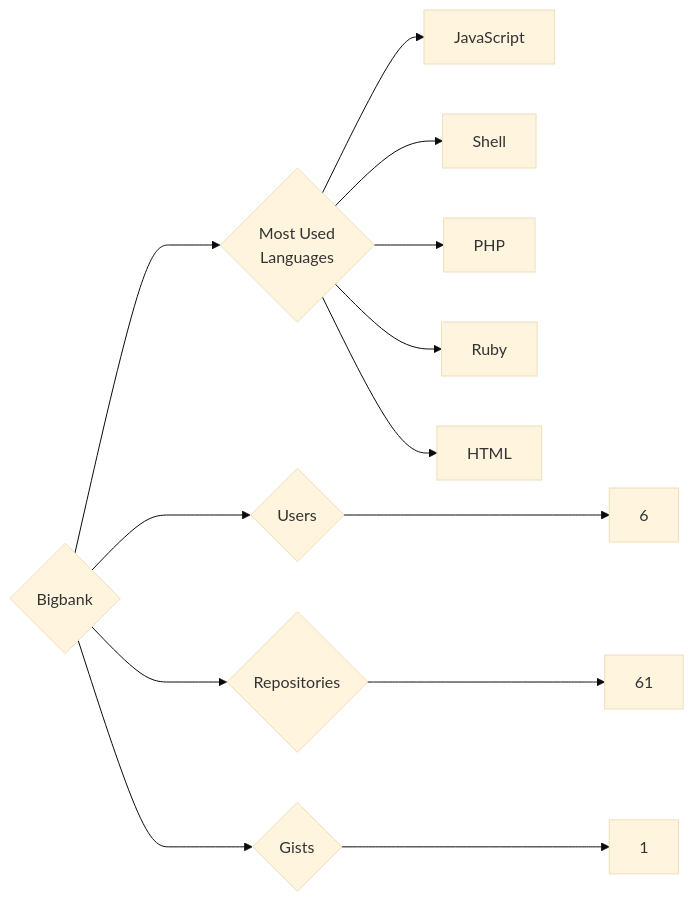
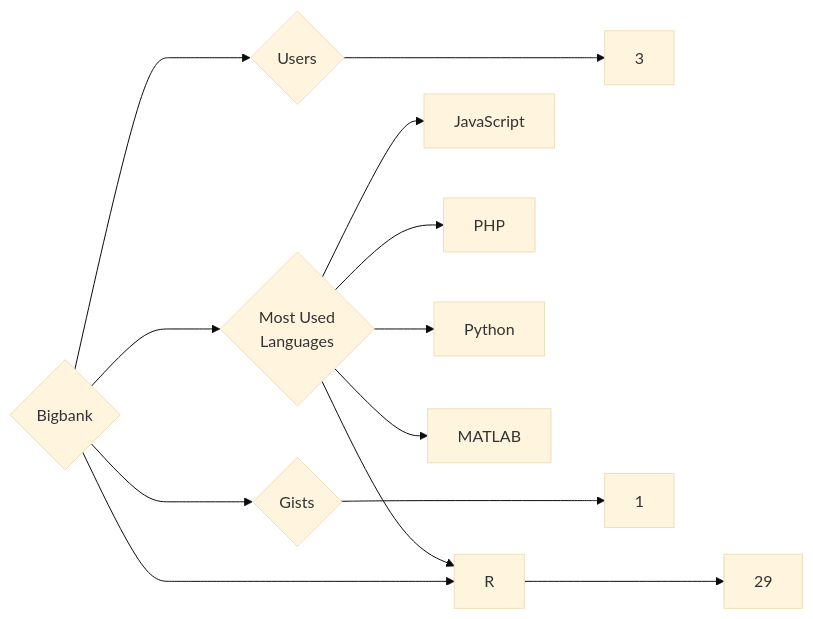
Before and after one commit to trickest/insiders: the diagram in targets/Bigbank/README.md, drawn with Mermaid (base theme). The commit also changed 1078 other files, not shown here.

````diff
--- a/targets/Bigbank/README.md
+++ b/targets/Bigbank/README.md
@@ -3,13 +3,13 @@
 ```mermaid
 graph LR
 COMPANY_NAME{Bigbank}
-COMPANY_NAME ---> U{Users} ---> UN[6]
-COMPANY_NAME ---> R{Repositories} ---> RN[61]
+COMPANY_NAME ---> U{Users} ---> UN[3]
+COMPANY_NAME ---> R{Repositories} ---> RN[29]
 COMPANY_NAME ---> G{Gists} ---> GN[1]
 COMPANY_NAME ---> ML{Most Used<br>Languages}
 ML --> JavaScript[JavaScript]
-ML --> Shell[Shell]
 ML --> PHP[PHP]
-ML --> Ruby[Ruby]
-ML --> HTML[HTML]
+ML --> Python[Python]
+ML --> MATLAB[MATLAB]
+ML --> R[R]
 ```
````
